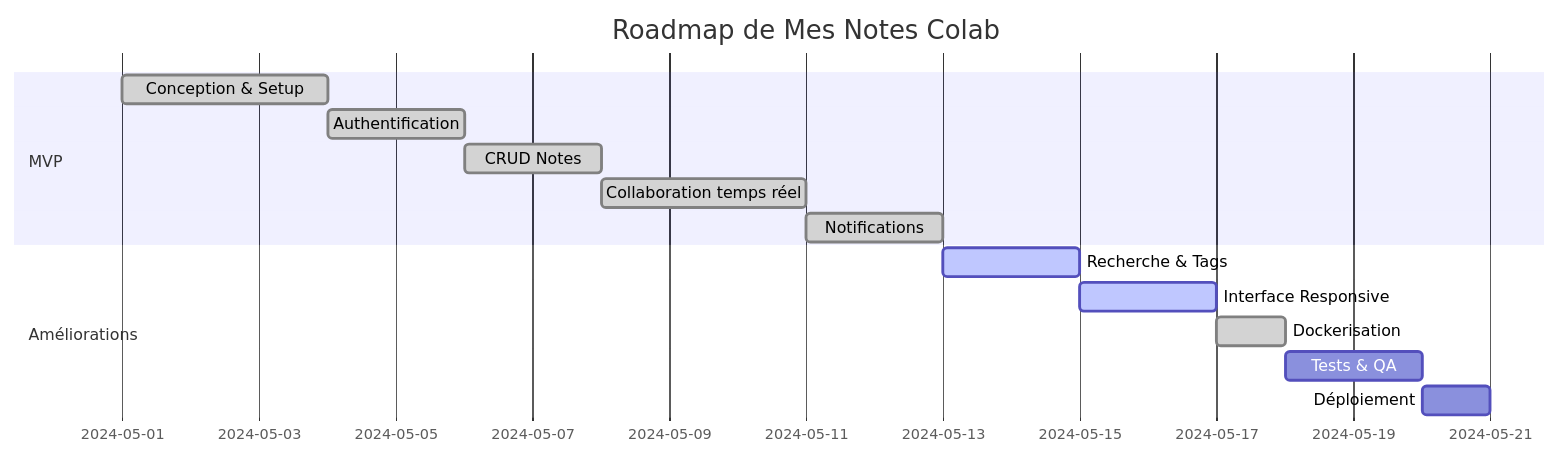
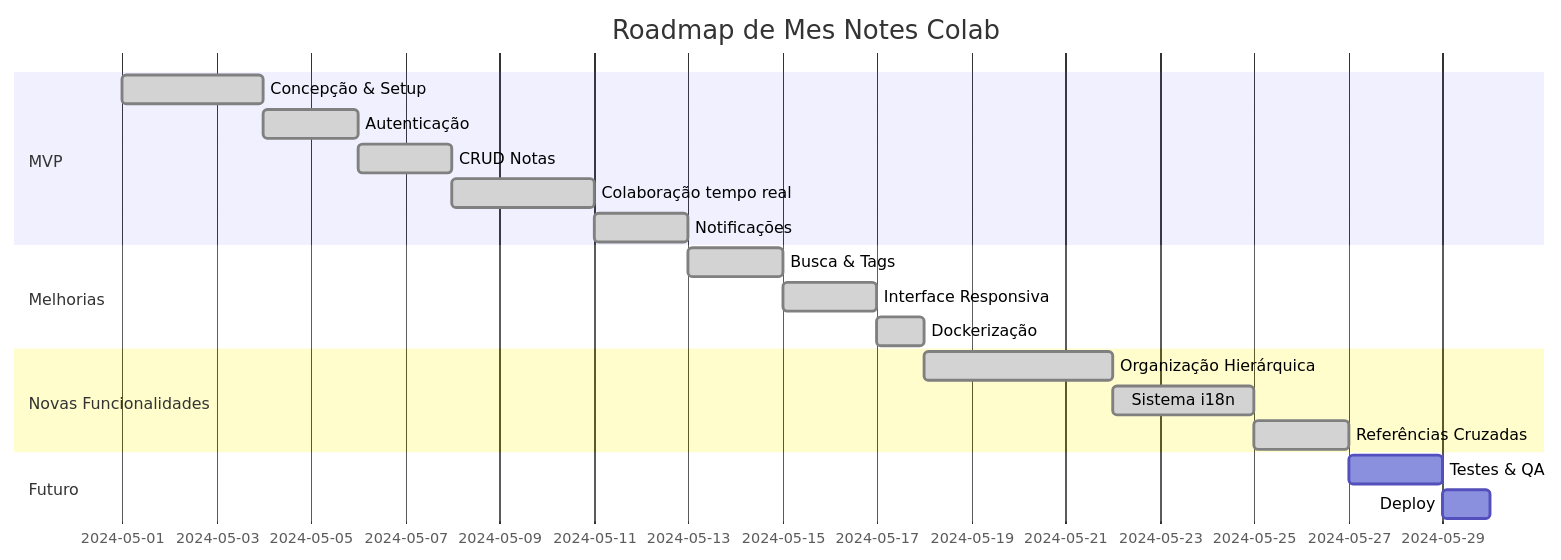
Before and after one commit to Sen2pi/mesnotescolab: the third of 3 diagrams in README.md, drawn with Mermaid. The commit also changed other lines of this file and 170 other files, not shown here.

````diff
--- a/README.md
+++ b/README.md
@@ -95,16 +217,21 @@
 ```mermaid
 gantt
 title Roadmap de Mes Notes Colab
 section MVP
-Conception & Setup         :done,    des1, 2024-05-01, 3d
-Authentification           :done,    des2, after des1, 2d
-CRUD Notes                 :done,    des3, after des2, 2d
-Collaboration temps réel   :done,    des4, after des3, 3d
-Notifications              :done,    des5, after des4, 2d
-section Améliorations
-Recherche & Tags           :active,  des6, after des5, 2d
-Interface Responsive       :active,  des7, after des6, 2d
-Dockerisation              :done,    des8, after des7, 1d
-Tests & QA                 :         des9, after des8, 2d
-Déploiement                :         des10, after des9, 1d
+Concepção & Setup         :done,    des1, 2024-05-01, 3d
+Autenticação              :done,    des2, after des1, 2d
+CRUD Notas                :done,    des3, after des2, 2d
+Colaboração tempo real    :done,    des4, after des3, 3d
+Notificações              :done,    des5, after des4, 2d
+section Melhorias
+Busca & Tags              :done,    des6, after des5, 2d
+Interface Responsiva       :done,    des7, after des6, 2d
+Dockerização              :done,    des8, after des7, 1d
+section Novas Funcionalidades
+Organização Hierárquica   :done,    des9, after des8, 4d
+Sistema i18n              :done,    des10, after des9, 3d
+Referências Cruzadas      :done,    des11, after des10, 2d
+section Futuro
+Testes & QA               :         des12, after des11, 2d
+Deploy                    :         des13, after des12, 1d
 ```
````
